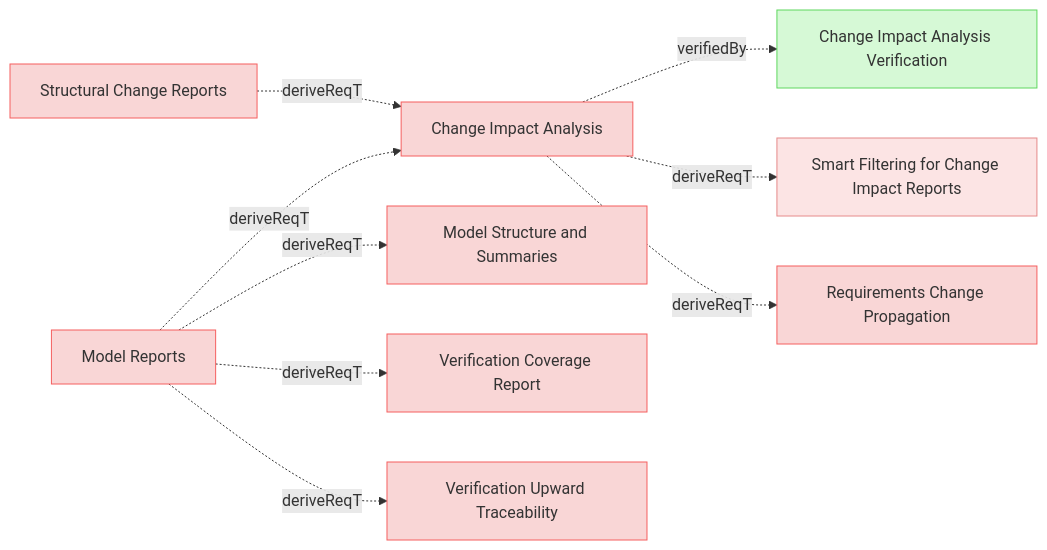
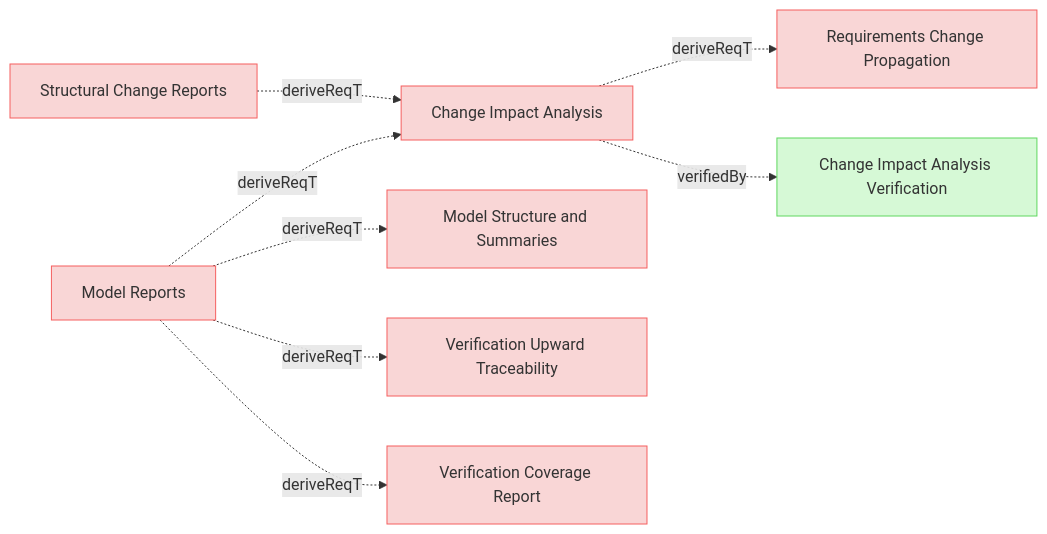
One commit to reqvire-org/reqvire changed the eighth of 9 diagrams in specifications/UserRequirements.md. Above: the diagram before and after it, drawn with Mermaid. The commit also changed other lines of this file and 26 other files, not shown here.

````diff
--- a/specifications/UserRequirements.md
+++ b/specifications/UserRequirements.md
@@ -1057,45 +1061,41 @@
 ```mermaid
 graph LR;
   %% REQVIRE-AUTOGENERATED-DIAGRAM
   %% Graph styling
   classDef userRequirement fill:#f9d6d6,stroke:#f55f5f,stroke-width:1px;
   classDef systemRequirement fill:#fce4e4,stroke:#e68a8a,stroke-width:1px;
   classDef verification fill:#d6f9d6,stroke:#5fd75f,stroke-width:1px;
   classDef default fill:#f5f5f5,stroke:#333333,stroke-width:1px;
 
   9933cac5853a8584["Change Impact Analysis"];
   class 9933cac5853a8584 userRequirement;
   click 9933cac5853a8584 "UserRequirements.md#change-impact-analysis";
+  2054606d7574a553["Requirements Change Propagation"];
+  class 2054606d7574a553 userRequirement;
+  click 2054606d7574a553 "SpecificationsRequirements.md#requirements-change-propagation";
+  9933cac5853a8584 -.->|deriveReqT| 2054606d7574a553;
   b72d56e7e360fe6c["Change Impact Analysis Verification"];
   class b72d56e7e360fe6c verification;
   click b72d56e7e360fe6c "Verifications/ChangeImpactTests.md#change-impact-analysis-verification";
   9933cac5853a8584 -.->|verifiedBy| b72d56e7e360fe6c;
-  ced028f36159c967["Smart Filtering for Change Impact Reports"];
-  class ced028f36159c967 systemRequirement;
-  click ced028f36159c967 "SystemRequirements/ChangeImpactPropagation.md#smart-filtering-for-change-impact-reports";
-  9933cac5853a8584 -.->|deriveReqT| ced028f36159c967;
-  2054606d7574a553["Requirements Change Propagation"];
-  class 2054606d7574a553 userRequirement;
-  click 2054606d7574a553 "SpecificationsRequirements.md#requirements-change-propagation";
-  9933cac5853a8584 -.->|deriveReqT| 2054606d7574a553;
   1908501a80db5c46["Structural Change Reports"];
   class 1908501a80db5c46 userRequirement;
   click 1908501a80db5c46 "UserRequirements.md#structural-change-reports";
   1908501a80db5c46 -.->|deriveReqT| 9933cac5853a8584;
   70701096d332c0b2["Model Reports"];
   class 70701096d332c0b2 userRequirement;
   click 70701096d332c0b2 "UserRequirements.md#model-reports";
-  70701096d332c0b2 -.->|deriveReqT| 9933cac5853a8584;
   ad6f7a2d41d80a38["Model Structure and Summaries"];
   class ad6f7a2d41d80a38 userRequirement;
   click ad6f7a2d41d80a38 "UserRequirements.md#model-structure-and-summaries";
   70701096d332c0b2 -.->|deriveReqT| ad6f7a2d41d80a38;
+  7ceb6b9bed1a94e1["Verification Upward Traceability"];
+  class 7ceb6b9bed1a94e1 userRequirement;
+  click 7ceb6b9bed1a94e1 "UserRequirements.md#verification-upward-traceability";
+  70701096d332c0b2 -.->|deriveReqT| 7ceb6b9bed1a94e1;
   f7a606aa79ba438["Verification Coverage Report"];
   class f7a606aa79ba438 userRequirement;
   click f7a606aa79ba438 "UserRequirements.md#verification-coverage-report";
   70701096d332c0b2 -.->|deriveReqT| f7a606aa79ba438;
-  7ceb6b9bed1a94e1["Verification Upward Traceability"];
-  class 7ceb6b9bed1a94e1 userRequirement;
-  click 7ceb6b9bed1a94e1 "UserRequirements.md#verification-upward-traceability";
-  70701096d332c0b2 -.->|deriveReqT| 7ceb6b9bed1a94e1;
+  70701096d332c0b2 -.->|deriveReqT| 9933cac5853a8584;
 ```
````
